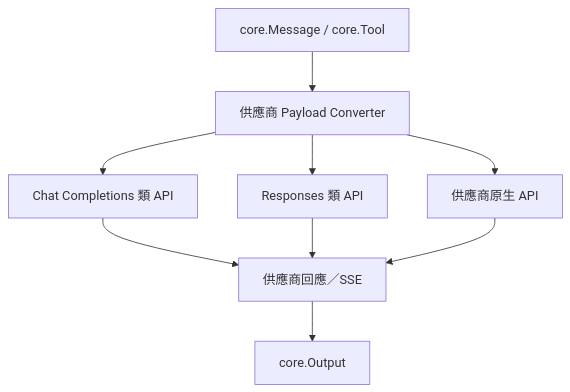
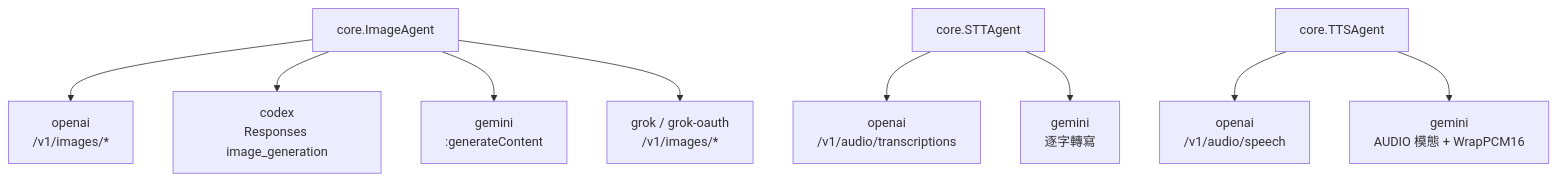
Before and after one commit to pardnchiu/go-llm-router: the seventh of 11 diagrams in doc/architecture.zh.md, drawn with Mermaid. The commit also changed other lines of this file and 5 other files, not shown here.

Commit message:
doc: Rewrite documentation for the current router architecture

````diff
--- a/doc/architecture.zh.md
+++ b/doc/architecture.zh.md
@@ -197,19 +164,11 @@
 ```mermaid
 graph TB
-    Core[core.Message / core.Tool]
-    Convert[供應商 Payload Converter]
-    Chat[Chat Completions 類 API]
-    Responses[Responses 類 API]
-    Native[供應商原生 API]
-    Result[供應商回應／SSE]
-    Output[core.Output]
-
-    Core --> Convert
-    Convert --> Chat
-    Convert --> Responses
-    Convert --> Native
-    Chat --> Result
-    Responses --> Result
-    Native --> Result
-    Result --> Output
+    ImageAgent[core.ImageAgent] --> OpenAIImg[openai<br/>/v1/images/*]
+    ImageAgent --> CodexImg[codex<br/>Responses image_generation]
+    ImageAgent --> GeminiImg[gemini<br/>:generateContent]
+    ImageAgent --> GrokImg[grok / grok-oauth<br/>/v1/images/*]
+    STT[core.STTAgent] --> OpenAISTT[openai<br/>/v1/audio/transcriptions]
+    STT --> GeminiSTT[gemini<br/>逐字轉寫]
+    TTS[core.TTSAgent] --> OpenAITTS[openai<br/>/v1/audio/speech]
+    TTS --> GeminiTTS[gemini<br/>AUDIO 模態 + WrapPCM16]
 ```
````
